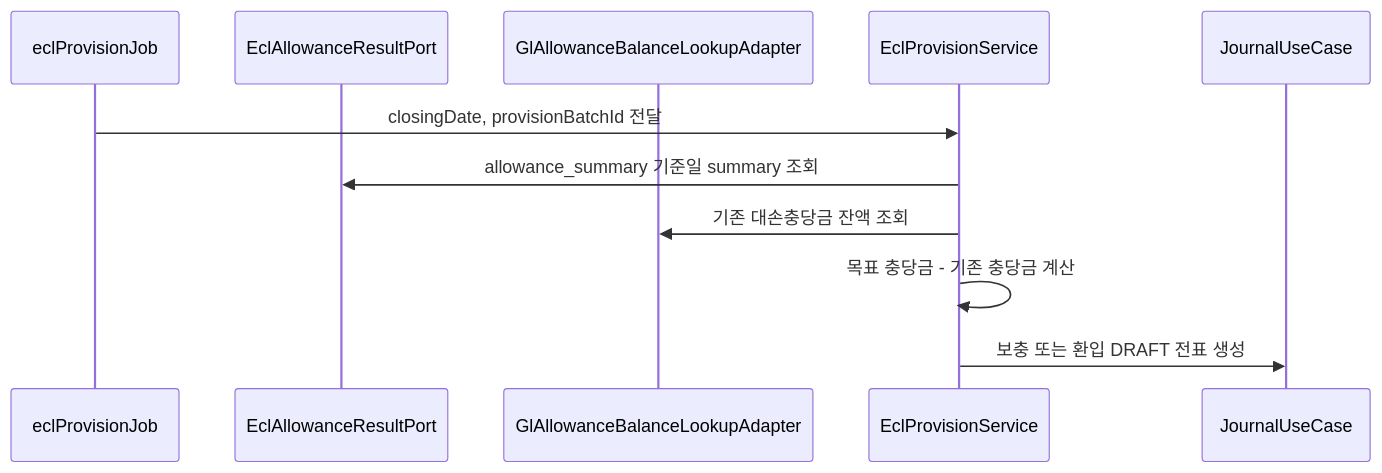
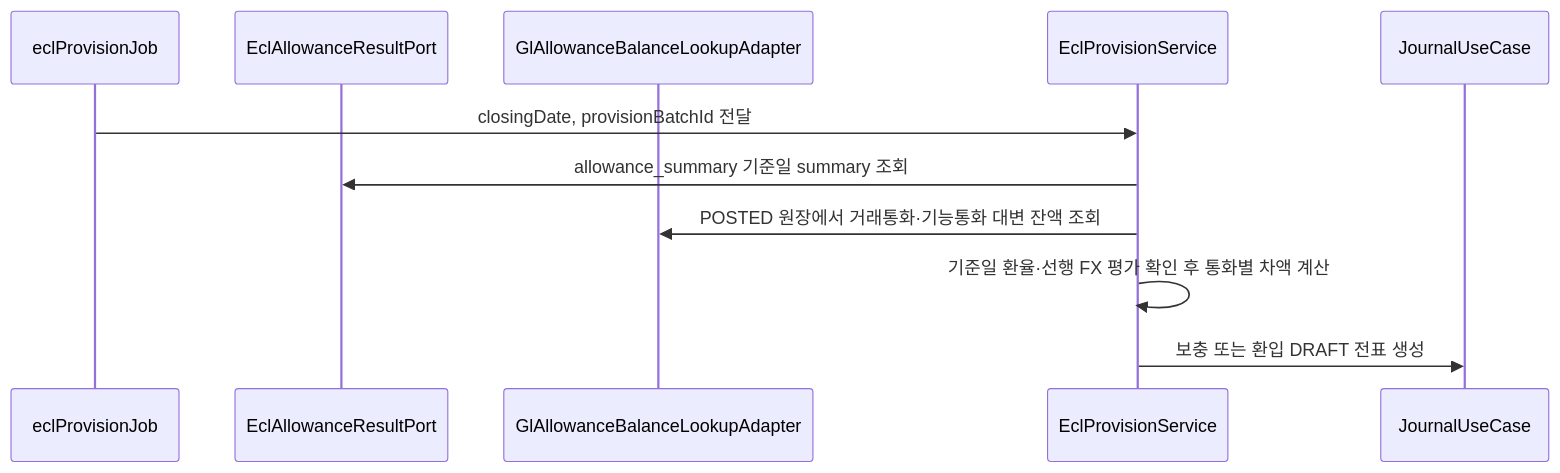
One commit to skyg547/account changed the fifth of 5 diagrams in closing/docs/process-flow.md. Above: the diagram before and after it, drawn with Mermaid. The commit also changed other lines of this file and 26 other files, not shown here.

````diff
--- a/closing/docs/process-flow.md
+++ b/closing/docs/process-flow.md
@@ -291,14 +291,14 @@
 ```mermaid
 sequenceDiagram
     participant Job as eclProvisionJob
     participant ECL as EclAllowanceResultPort
     participant GL as GlAllowanceBalanceLookupAdapter
     participant Service as EclProvisionService
     participant JL as JournalUseCase
 
     Job->>Service: closingDate, provisionBatchId 전달
     Service->>ECL: allowance_summary 기준일 summary 조회
-    Service->>GL: 기존 대손충당금 잔액 조회
-    Service->>Service: 목표 충당금 - 기존 충당금 계산
+    Service->>GL: POSTED 원장에서 거래통화·기능통화 대변 잔액 조회
+    Service->>Service: 기준일 환율·선행 FX 평가 확인 후 통화별 차액 계산
     Service->>JL: 보충 또는 환입 DRAFT 전표 생성
 ```
````
